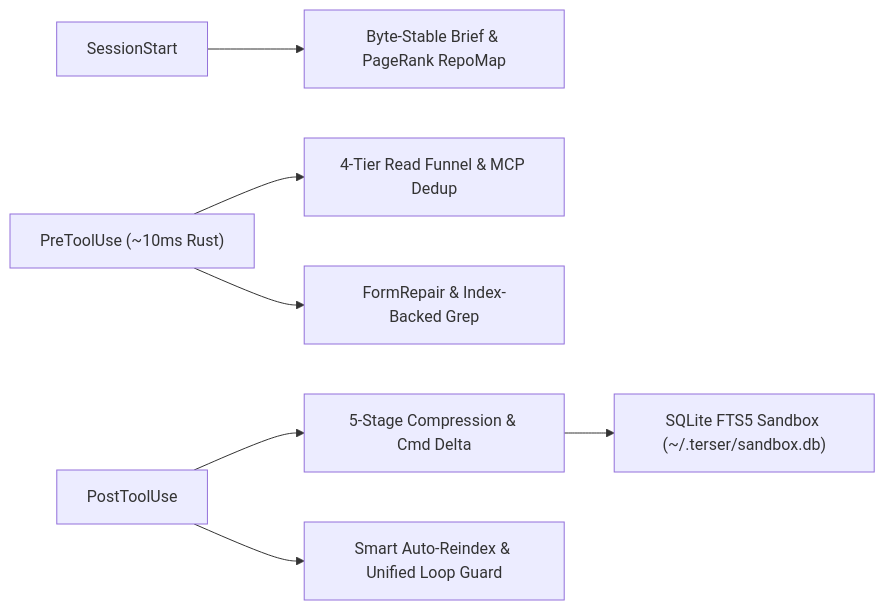
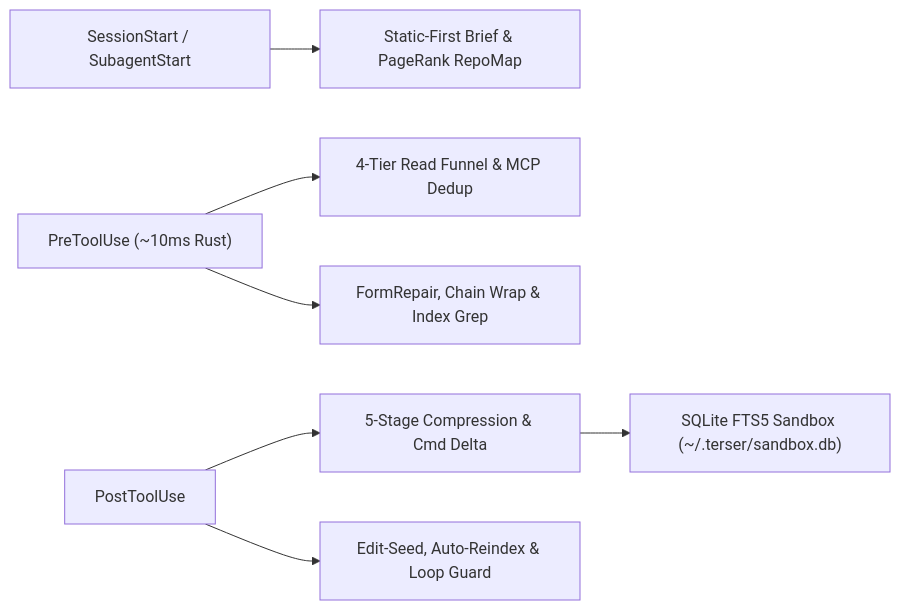
The diagram in README.md (HyperExtendedReality/terser), drawn with Mermaid before and after one commit. The commit also changed other lines of this file and 12 other files, not shown here.

````diff
--- a/README.md
+++ b/README.md
@@ -137,9 +139,9 @@
 ```mermaid
 flowchart LR
-    S["SessionStart"] --> B["Byte-Stable Brief & PageRank RepoMap"]
+    S["SessionStart / SubagentStart"] --> B["Static-First Brief & PageRank RepoMap"]
     P["PreToolUse (~10ms Rust)"] --> RF["4-Tier Read Funnel & MCP Dedup"]
-    P --> FR["FormRepair & Index-Backed Grep"]
+    P --> FR["FormRepair, Chain Wrap & Index Grep"]
     O["PostToolUse"] --> OC["5-Stage Compression & Cmd Delta"]
     OC --> DB["SQLite FTS5 Sandbox (~/.terser/sandbox.db)"]
-    O --> LG["Smart Auto-Reindex & Unified Loop Guard"]
+    O --> LG["Edit-Seed, Auto-Reindex & Loop Guard"]
 ```
````
